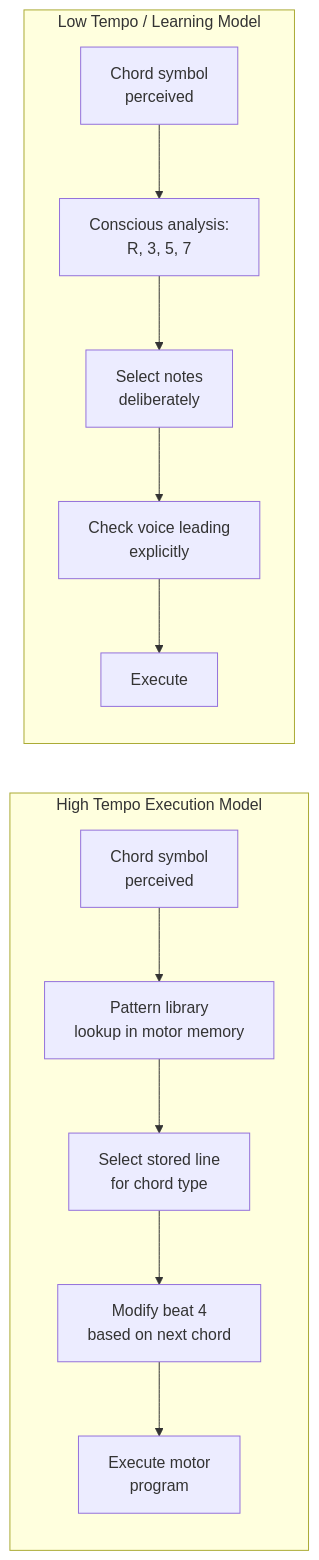
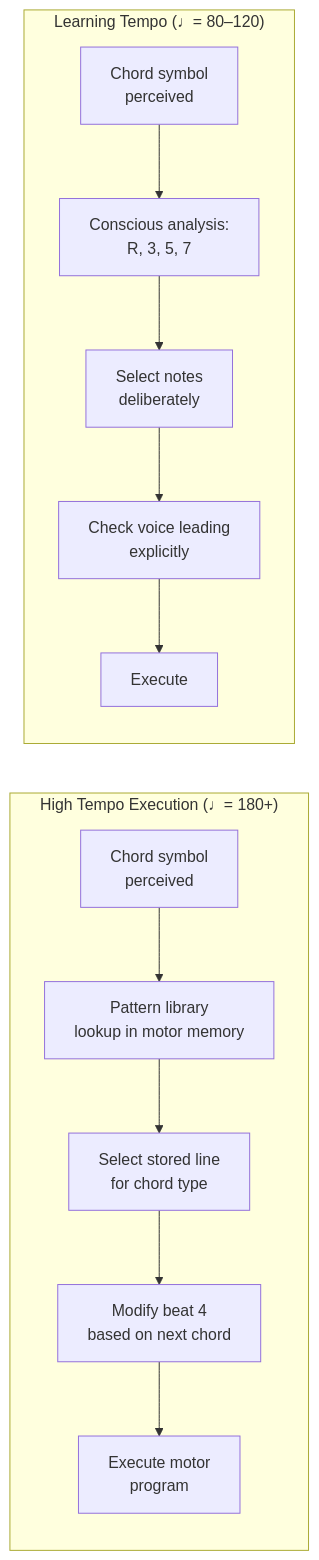
Before and after one commit to blebleblee/synapse: the third of 3 diagrams in topics/arts/music_performance/bass_guitar/lesson_03_walking_lines_and_harmonic_theory.md, drawn with Mermaid. The commit also changed other lines of this file and 4 other files, not shown here.

````diff
--- a/topics/arts/music_performance/bass_guitar/lesson_03_walking_lines_and_harmonic_theory.md
+++ b/topics/arts/music_performance/bass_guitar/lesson_03_walking_lines_and_harmonic_theory.md
@@ -180,15 +201,15 @@
 ```mermaid
 flowchart LR
-    subgraph sub_high_tempo_execution_model ["High Tempo Execution Model"]
+    subgraph sub_high_tempo_execution ["High Tempo Execution (♩= 180+)"]
         A["Chord symbol\nperceived"] --> B["Pattern library\nlookup in motor memory"]
         B --> C["Select stored line\nfor chord type"]
         C --> D["Modify beat 4\nbased on next chord"]
         D --> E["Execute motor\nprogram"]
     end
-    subgraph sub_low_tempo___learning_model ["Low Tempo / Learning Model"]
+    subgraph sub_learning_tempo ["Learning Tempo (♩= 80–120)"]
         F["Chord symbol\nperceived"] --> G["Conscious analysis:\nR, 3, 5, 7"]
         G --> H["Select notes\ndeliberately"]
         H --> I["Check voice leading\nexplicitly"]
         I --> J["Execute"]
     end
 ```
````
